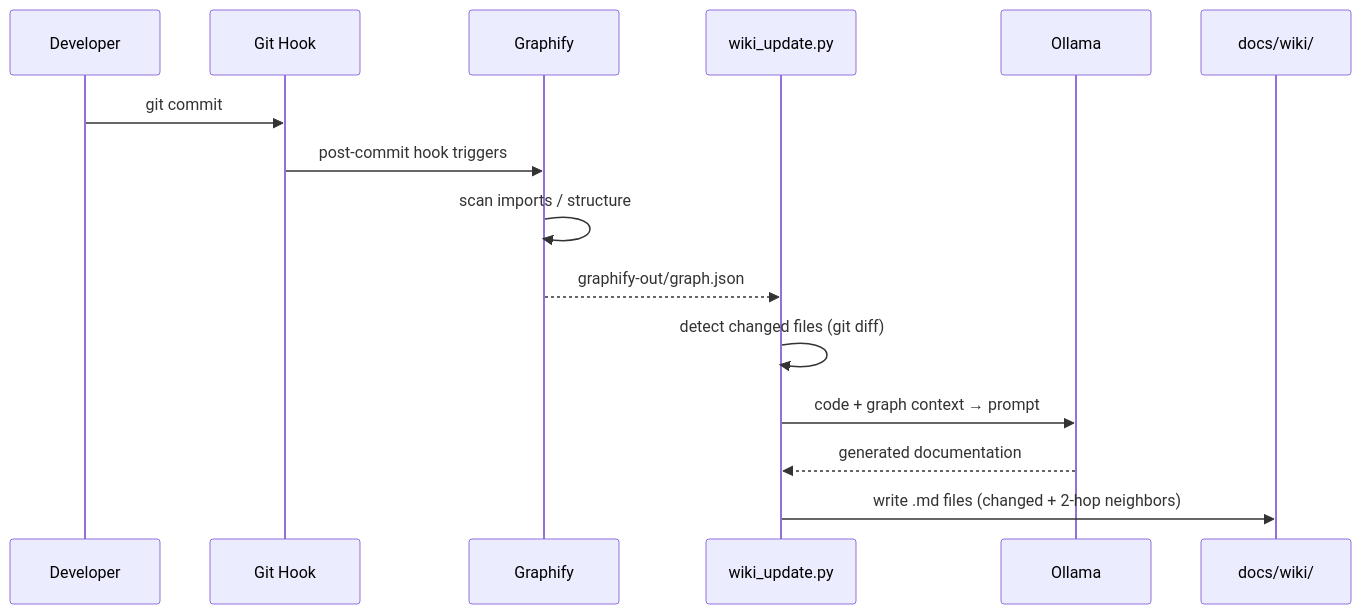
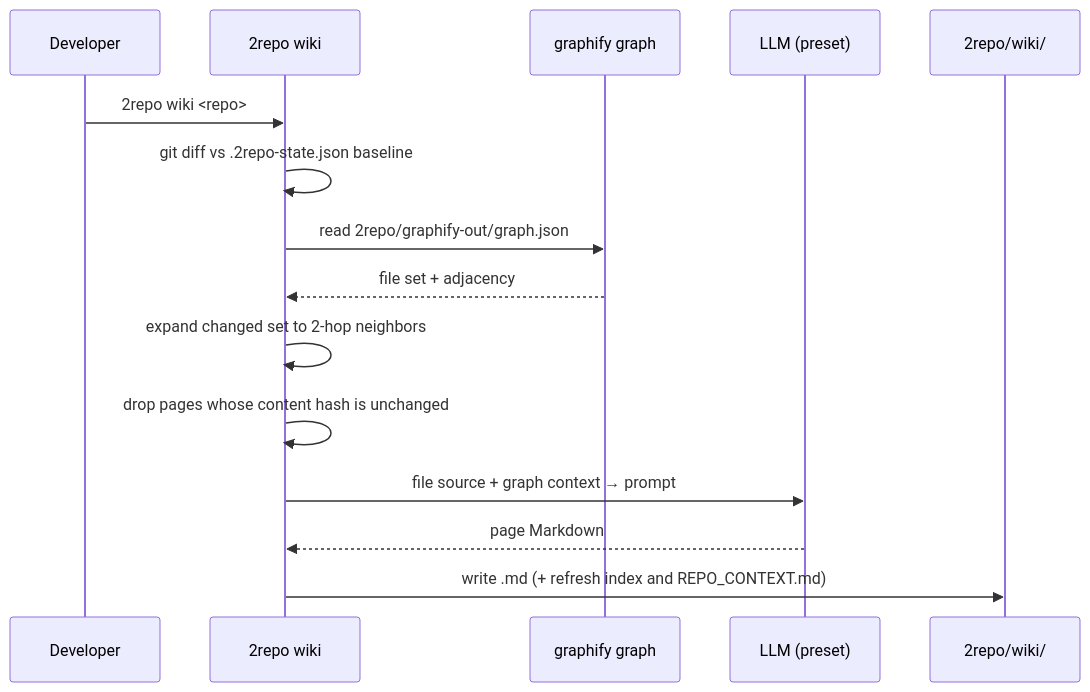
Before and after one commit to Guebbit/knowledge-hub: the diagram in vault/Guides/llm-wiki.md, drawn with Mermaid. The commit also changed other lines of this file and 12 other files, not shown here.

````diff
--- a/vault/Guides/llm-wiki.md
+++ b/vault/Guides/llm-wiki.md
@@ -18,18 +19,18 @@
 ```mermaid
 sequenceDiagram
     participant Dev as Developer
-    participant Git as Git Hook
-    participant GF as Graphify
-    participant WU as wiki_update.py
-    participant AI as Ollama
-    participant Wiki as docs/wiki/
+    participant R as 2repo wiki
+    participant GF as graphify graph
+    participant AI as LLM (preset)
+    participant Wiki as 2repo/wiki/
 
-    Dev->>Git: git commit
-    Git->>GF: post-commit hook triggers
-    GF->>GF: scan imports / structure
-    GF-->>WU: graphify-out/graph.json
-    WU->>WU: detect changed files (git diff)
-    WU->>AI: code + graph context → prompt
-    AI-->>WU: generated documentation
-    WU->>Wiki: write .md files (changed + 2-hop neighbors)
+    Dev->>R: 2repo wiki <repo>
+    R->>R: git diff vs .2repo-state.json baseline
+    R->>GF: read 2repo/graphify-out/graph.json
+    GF-->>R: file set + adjacency
+    R->>R: expand changed set to 2-hop neighbors
+    R->>R: drop pages whose content hash is unchanged
+    R->>AI: file source + graph context → prompt
+    AI-->>R: page Markdown
+    R->>Wiki: write .md (+ refresh index and REPO_CONTEXT.md)
 ```
````
